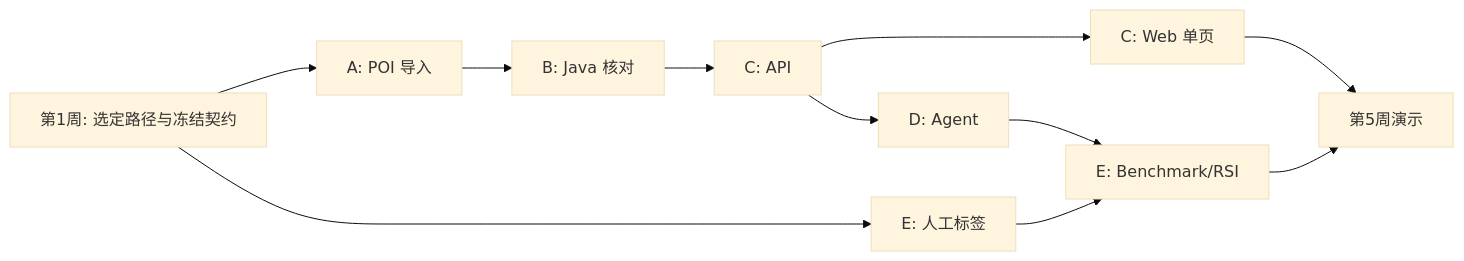
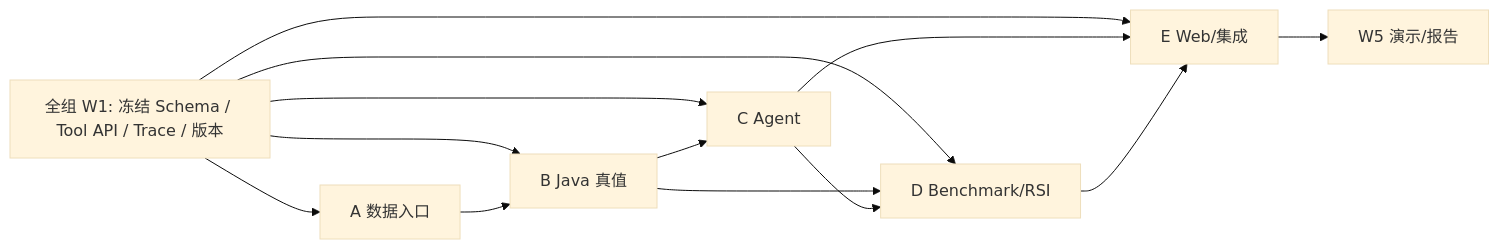
The diagram in docs/05-team-and-sub-trds.md (HelicasECoode42/CoursePilot-Evo), drawn with Mermaid (base theme) before and after one commit. The commit also changed other lines of this file and 32 other files, not shown here.

Commit message:
docs: design browser offering adapter and multi-round RSI architecture

````diff
--- a/docs/05-team-and-sub-trds.md
+++ b/docs/05-team-and-sub-trds.md
@@ -15,13 +15,15 @@
 ```mermaid
 flowchart LR
-  S[第1周: 选定路径与冻结契约] --> A[A: POI 导入]
-  S --> E0[E: 人工标签]
-  A --> B[B: Java 核对]
-  B --> C[C: API]
-  C --> D[D: Agent]
-  C --> W[C: Web 单页]
-  D --> E[E: Benchmark/RSI]
-  E0 --> E
-  W --> DEMO[第5周演示]
-  E --> DEMO
+  F[全组 W1: 冻结 Schema / Tool API / Trace / 版本] --> A[A 数据入口]
+  F --> B[B Java 真值]
+  F --> C[C Agent]
+  F --> D[D Benchmark/RSI]
+  F --> E[E Web/集成]
+  A --> B
+  B --> C
+  B --> D
+  C --> D
+  C --> E
+  D --> E
+  E --> DEMO[W5 演示/报告]
 ```
````
